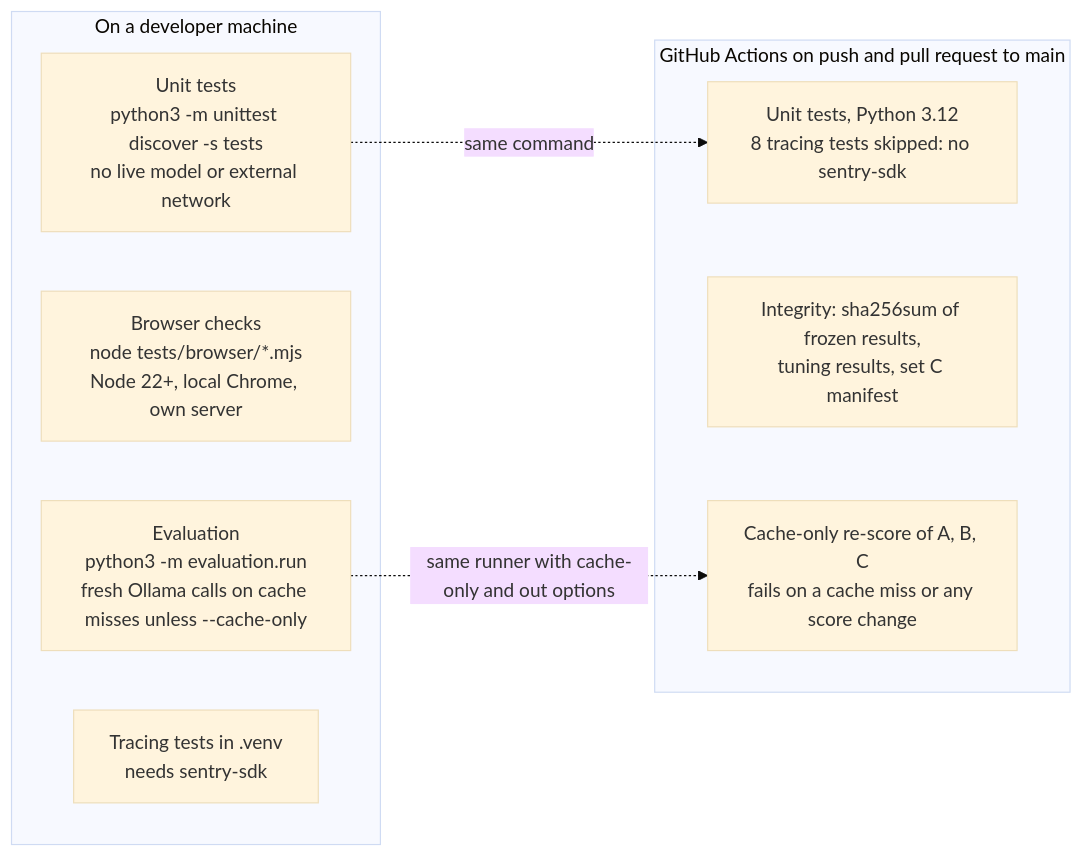
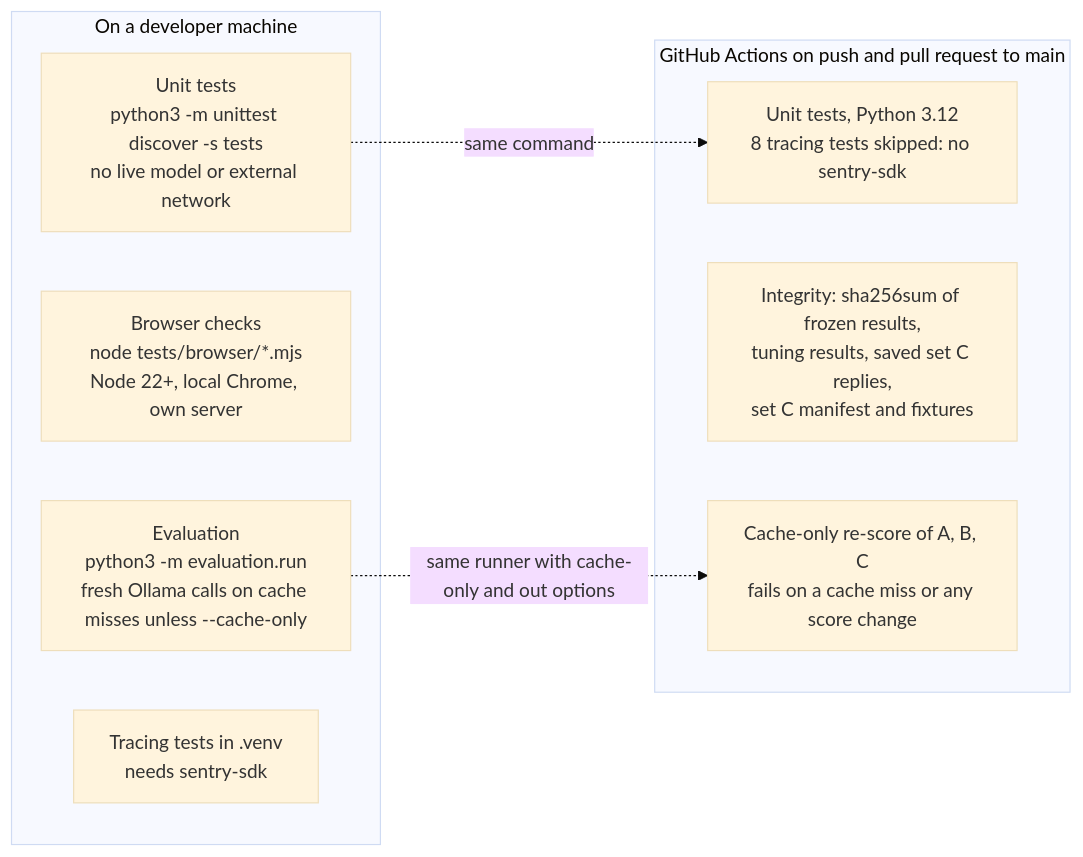
The diagram in TESTING.md (bipul724/availability-ledger), drawn with Mermaid (base theme) before and after one commit. The commit also changed other lines of this file and 7 other files, not shown here.

Commit message:
ci: hash-check saved set C Gemma replies and set C fixtures (INT-12, D-38)

````diff
--- a/TESTING.md
+++ b/TESTING.md
@@ -7,16 +7,16 @@
 ```mermaid
 flowchart LR
     subgraph local["On a developer machine"]
         U[Unit tests<br/>python3 -m unittest discover -s tests<br/>no live model or external network]
         BR[Browser checks<br/>node tests/browser/*.mjs<br/>Node 22+, local Chrome, own server]
         EV[Evaluation<br/>python3 -m evaluation.run<br/>fresh Ollama calls on cache misses unless --cache-only]
         TR[Tracing tests in .venv<br/>needs sentry-sdk]
     end
     subgraph ci["GitHub Actions on push and pull request to main"]
         CU[Unit tests, Python 3.12<br/>8 tracing tests skipped: no sentry-sdk]
-        CI2[Integrity: sha256sum of frozen results,<br/>tuning results, set C manifest]
+        CI2[Integrity: sha256sum of frozen results,<br/>tuning results, saved set C replies,<br/>set C manifest and fixtures]
         CR[Cache-only re-score of A, B, C<br/>fails on a cache miss or any score change]
     end
     U -.->|same command| CU
     EV -.->|same runner with cache-only and out options| CR
 ```
````
